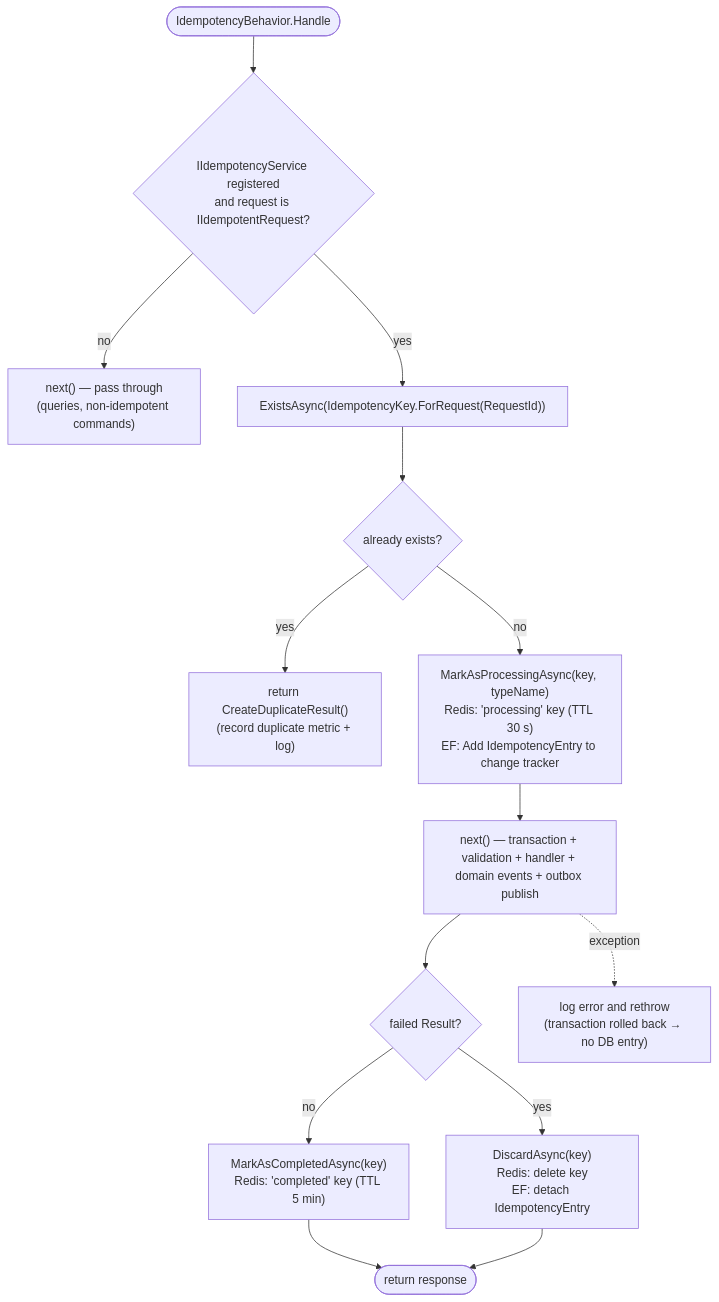
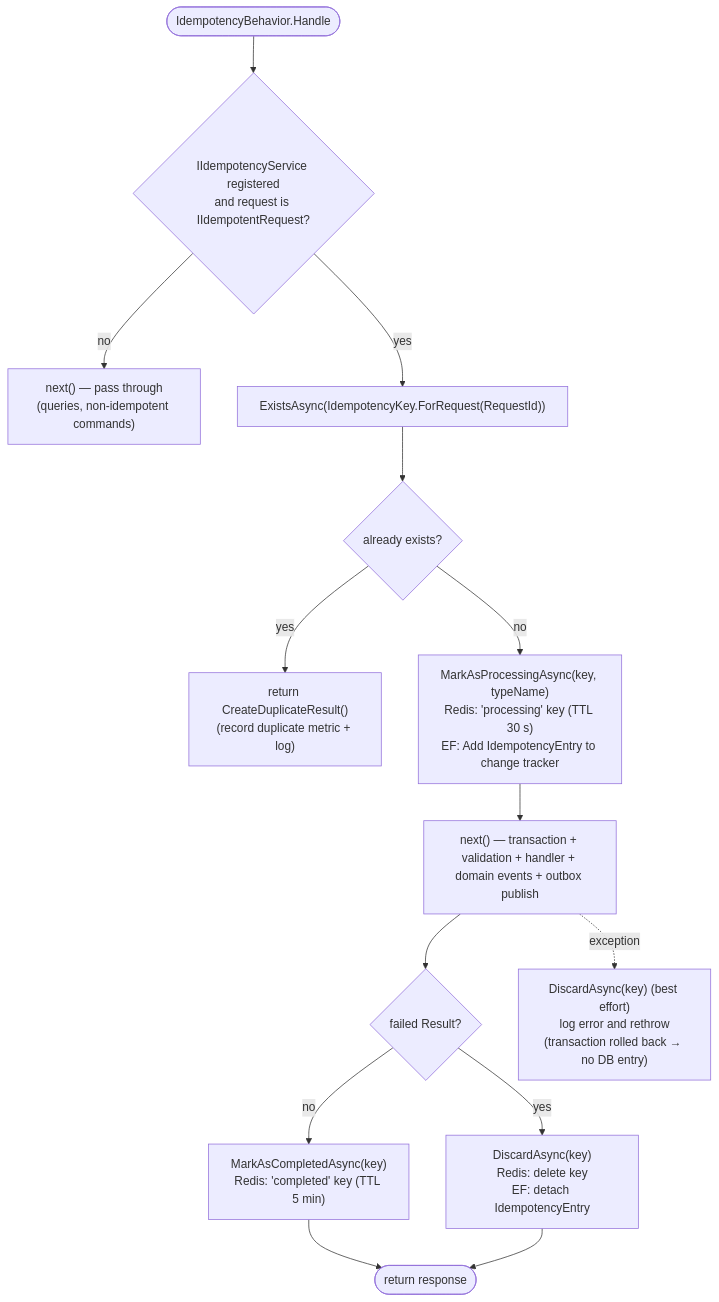
The second of 5 diagrams in docs/architecture/04-idempotency.md (miquelalcaraz/Labs.ServicePlatform), drawn with Mermaid before and after one commit. The commit also changed other lines of this file and 4 other files, not shown here.

````diff
--- a/docs/architecture/04-idempotency.md
+++ b/docs/architecture/04-idempotency.md
@@ -111,16 +111,16 @@
 ```mermaid
 flowchart TB
     S([IdempotencyBehavior.Handle]) --> A{"IIdempotencyService registered<br/>and request is IIdempotentRequest?"}
     A -- no --> P["next() — pass through<br/>(queries, non-idempotent commands)"]
     A -- yes --> B["ExistsAsync(IdempotencyKey.ForRequest(RequestId))"]
     B --> C{"already exists?"}
     C -- yes --> D["return CreateDuplicateResult()<br/>(record duplicate metric + log)"]
     C -- no --> E["MarkAsProcessingAsync(key, typeName)<br/>Redis: 'processing' key (TTL 30 s)<br/>EF: Add IdempotencyEntry to change tracker"]
     E --> F["next() — transaction + validation + handler + domain events + outbox publish"]
     F --> FR{"failed Result?"}
     FR -- no --> G["MarkAsCompletedAsync(key)<br/>Redis: 'completed' key (TTL 5 min)"]
     FR -- yes --> DS["DiscardAsync(key)<br/>Redis: delete key<br/>EF: detach IdempotencyEntry"]
     G --> R([return response])
     DS --> R
-    F -. exception .-> X["log error and rethrow<br/>(transaction rolled back → no DB entry)"]
+    F -. exception .-> X["DiscardAsync(key) (best effort)<br/>log error and rethrow<br/>(transaction rolled back → no DB entry)"]
 ```
````
